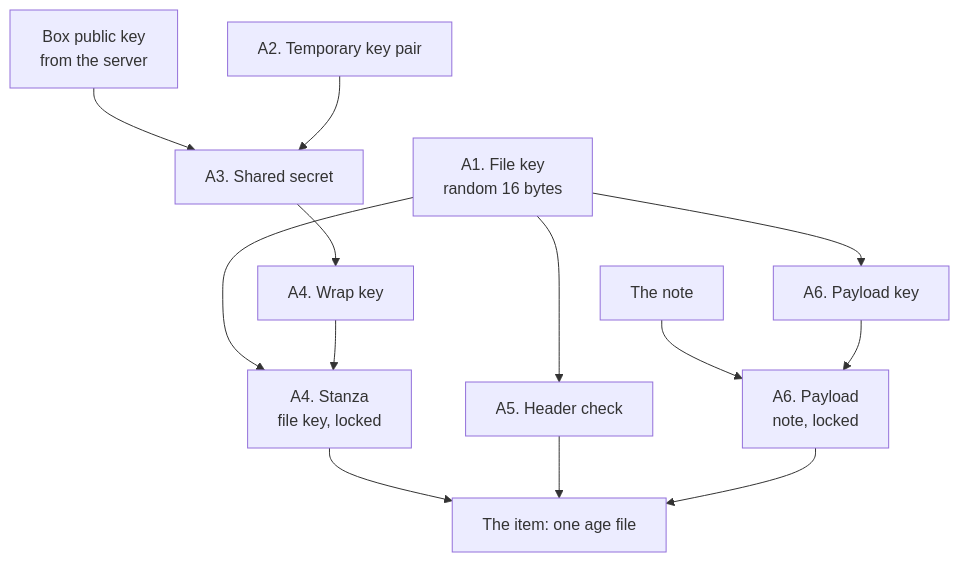
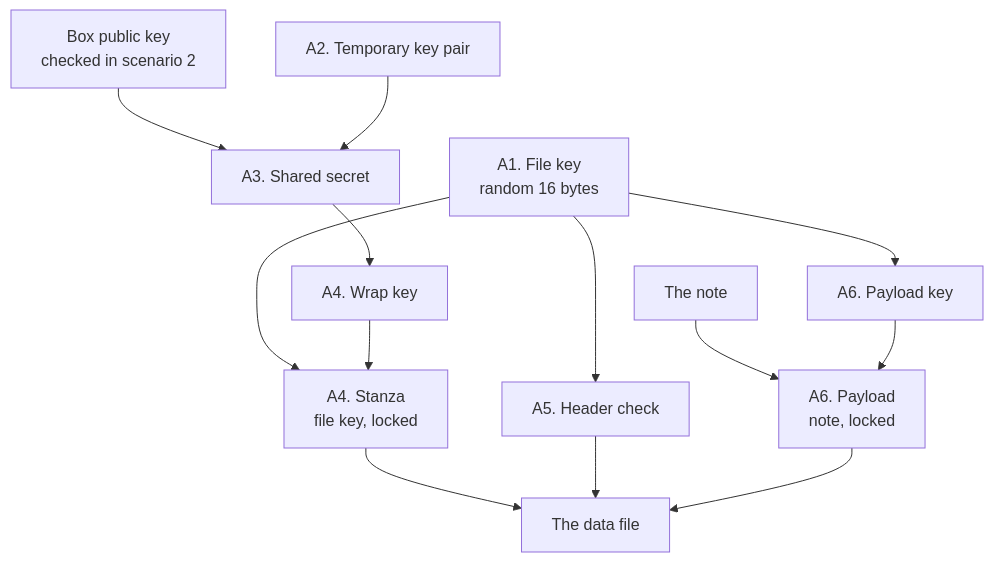
Before and after one commit to intaniger/secretbox: the second of 3 diagrams in docs/03-add-item.md, drawn with Mermaid. The commit also changed other lines of this file and 30 other files, not shown here.

````diff
--- a/docs/03-add-item.md
+++ b/docs/03-add-item.md
@@ -55,15 +54,15 @@
 ```mermaid
 flowchart TD
-  BP["Box public key<br/>from the server"] --> SS["A3. Shared secret"]
+  BP["Box public key<br/>checked in scenario 2"] --> SS["A3. Shared secret"]
   EK["A2. Temporary key pair"] --> SS
   SS --> WK["A4. Wrap key"]
   FK["A1. File key<br/>random 16 bytes"] --> ST["A4. Stanza<br/>file key, locked"]
   WK --> ST
   FK --> MAC["A5. Header check"]
   FK --> PK["A6. Payload key"]
   N["The note"] --> PL["A6. Payload<br/>note, locked"]
   PK --> PL
-  ST --> F["The item: one age file"]
+  ST --> F["The data file"]
   MAC --> F
   PL --> F
 ```
````
